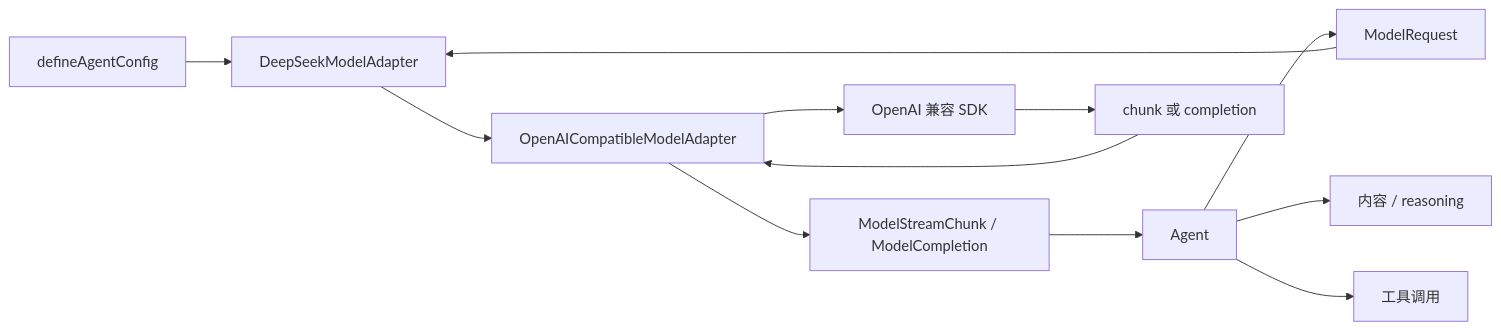
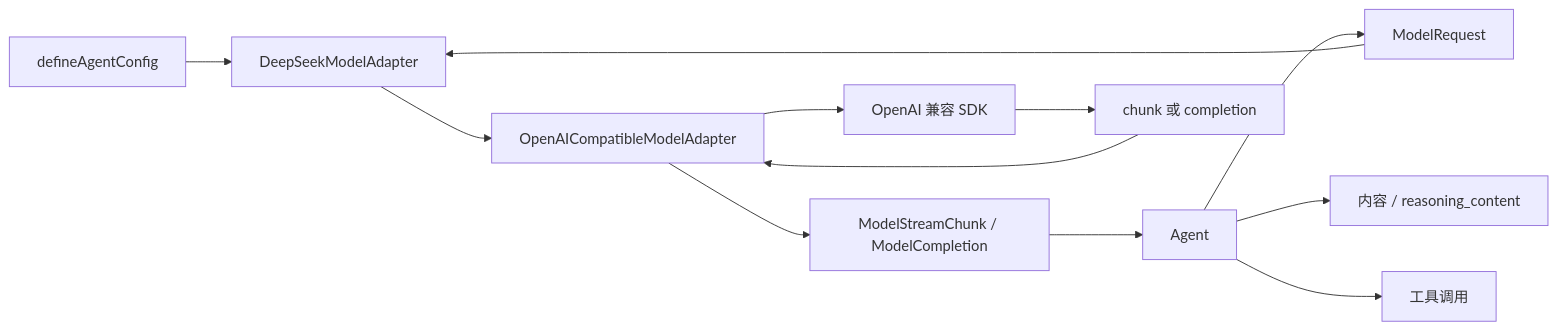
One commit to AlbertE1990/crafteHarness changed the diagram in docs/learning/model-adapter.md. Above: the diagram before and after it, drawn with Mermaid. The commit also changed other lines of this file and 34 other files, not shown here.

````diff
--- a/docs/learning/model-adapter.md
+++ b/docs/learning/model-adapter.md
@@ -19,14 +19,14 @@
 ```mermaid
 flowchart LR
   Config[defineAgentConfig] --> DeepSeek[DeepSeekModelAdapter]
   Agent[Agent] --> Request[ModelRequest]
   Request --> DeepSeek
   DeepSeek --> Compatible[OpenAICompatibleModelAdapter]
   Compatible --> SDK[OpenAI 兼容 SDK]
   SDK --> Raw[chunk 或 completion]
   Raw --> Compatible
   Compatible --> Standard[ModelStreamChunk / ModelCompletion]
   Standard --> Agent
-  Agent --> SSE[内容 / reasoning]
+  Agent --> SSE[内容 / reasoning_content]
   Agent --> Harness[工具调用]
 ```
````
